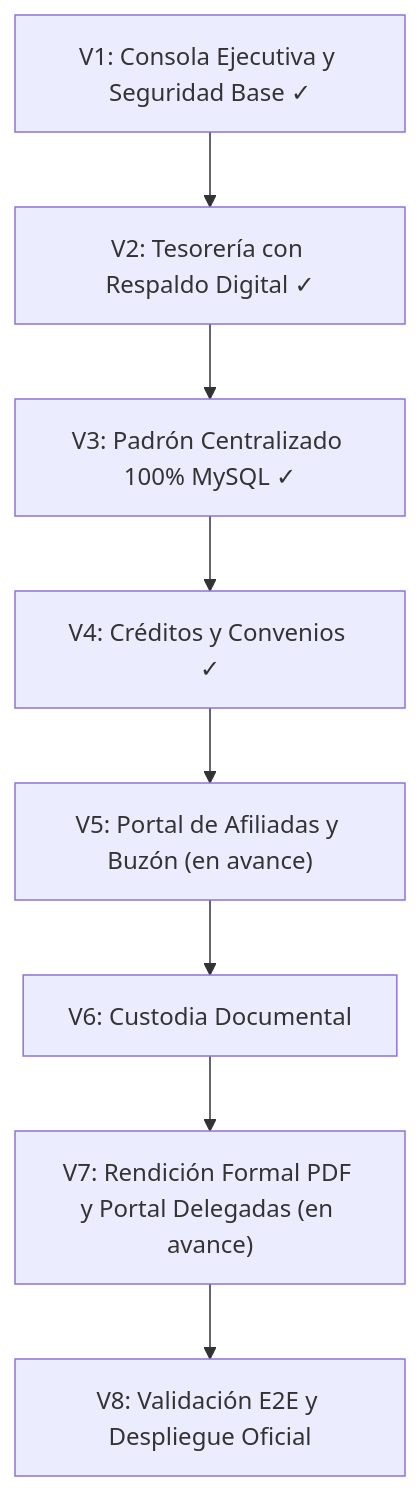
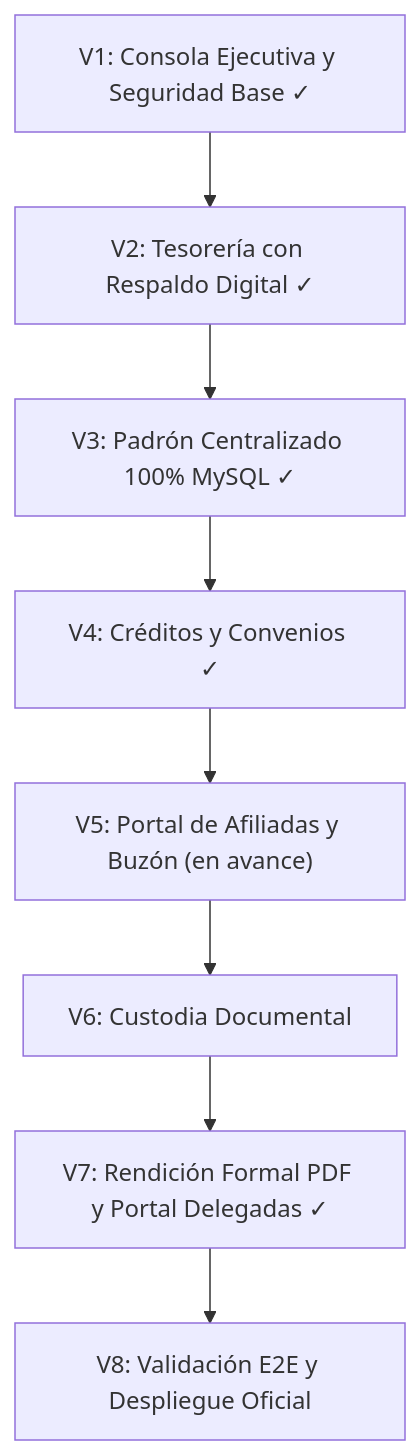
Before and after one commit to swix14/dashboard: the diagram in README.md, drawn with Mermaid. The commit also changed other lines of this file and 1 other file, not shown here.

````diff
--- a/README.md
+++ b/README.md
@@ -57,10 +57,10 @@
 ```mermaid
 graph TD
     V1["V1: Consola Ejecutiva y Seguridad Base ✓"] --> V2["V2: Tesorería con Respaldo Digital ✓"]
     V2 --> V3["V3: Padrón Centralizado 100% MySQL ✓"]
     V3 --> V4["V4: Créditos y Convenios ✓"]
     V4 --> V5["V5: Portal de Afiliadas y Buzón (en avance)"]
     V5 --> V6["V6: Custodia Documental"]
-    V6 --> V7["V7: Rendición Formal PDF y Portal Delegadas (en avance)"]
+    V6 --> V7["V7: Rendición Formal PDF y Portal Delegadas ✓"]
     V7 --> V8["V8: Validación E2E y Despliegue Oficial"]
 ```
````
